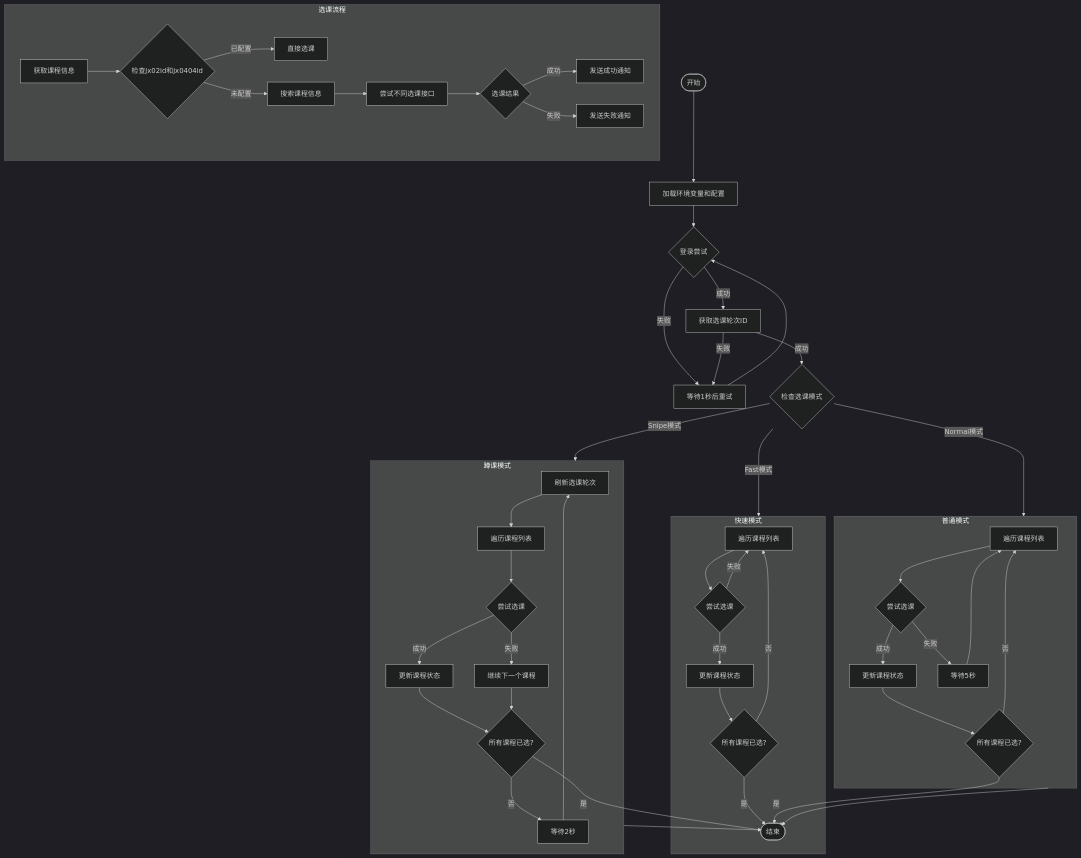
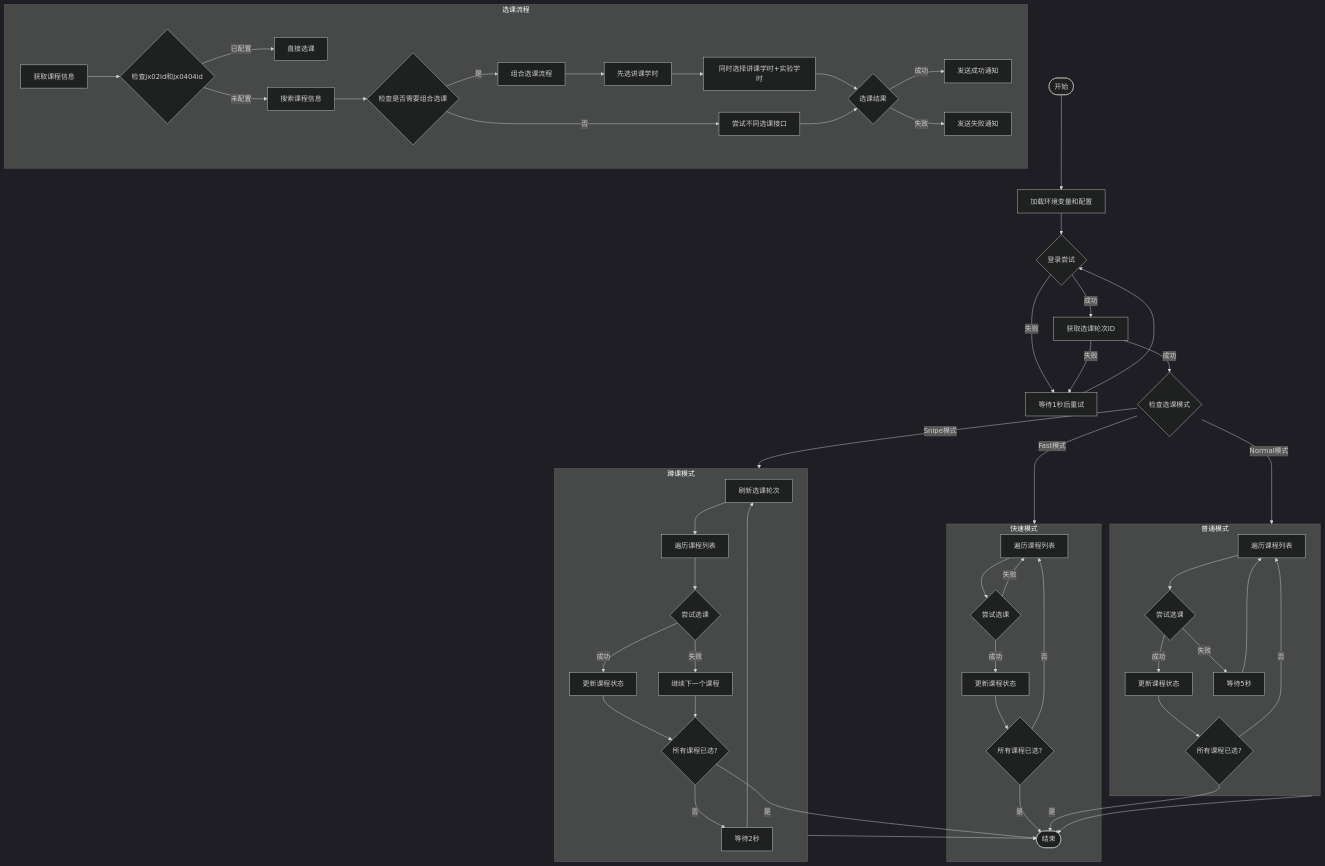
Before and after one commit to W1ndys/QFNUCourseSelector: the diagram in README.md, drawn with Mermaid (dark theme). The commit also changed other lines of this file, not shown here.

````diff
--- a/README.md
+++ b/README.md
@@ -198,60 +254,65 @@
 ```mermaid
 flowchart TB
     Start([开始]) --> LoadEnv[加载环境变量和配置]
     LoadEnv --> Login{登录尝试}
 
     Login -->|失败| RetryLogin[等待1秒后重试]
     RetryLogin --> Login
 
     Login -->|成功| GetSemester[获取选课轮次ID]
     GetSemester -->|失败| RetryLogin
 
     GetSemester -->|成功| CheckMode{检查选课模式}
 
     CheckMode -->|Fast模式| FastMode[快速选课]
     CheckMode -->|Normal模式| NormalMode[普通选课]
     CheckMode -->|Snipe模式| SnipeMode[蹲课模式]
 
     subgraph FastMode[快速模式]
         F1[遍历课程列表] --> F2{尝试选课}
         F2 -->|成功| F3[更新课程状态]
         F2 -->|失败| F1
         F3 --> F4{所有课程已选?}
         F4 -->|是| Exit
         F4 -->|否| F1
     end
 
     subgraph NormalMode[普通模式]
         N1[遍历课程列表] --> N2{尝试选课}
         N2 -->|成功| N3[更新课程状态]
         N2 -->|失败| N4[等待5秒]
         N3 --> N5{所有课程已选?}
         N4 --> N1
         N5 -->|是| Exit
         N5 -->|否| N1
     end
 
     subgraph SnipeMode[蹲课模式]
         S1[刷新选课轮次] --> S2[遍历课程列表]
         S2 --> S3{尝试选课}
         S3 -->|成功| S4[更新课程状态]
         S3 -->|失败| S5[继续下一个课程]
         S4 --> S6{所有课程已选?}
         S5 --> S6
         S6 -->|是| Exit
         S6 -->|否| S7[等待2秒]
         S7 --> S1
     end
 
     FastMode & NormalMode & SnipeMode --> Exit([结束])
 
     subgraph CourseSelection[选课流程]
         CS1[获取课程信息] --> CS2{检查jx02id和jx0404id}
         CS2 -->|已配置| CS3[直接选课]
         CS2 -->|未配置| CS4[搜索课程信息]
-        CS4 --> CS5[尝试不同选课接口]
-        CS5 --> CS6{选课结果}
-        CS6 -->|成功| CS7[发送成功通知]
-        CS6 -->|失败| CS8[发送失败通知]
+        CS4 --> CS5{检查是否需要组合选课}
+        CS5 -->|是| CS6[组合选课流程]
+        CS5 -->|否| CS7[尝试不同选课接口]
+        CS6 --> CS8[先选讲课学时]
+        CS8 --> CS9[同时选择讲课学时+实验学时]
+        CS9 --> CS10{选课结果}
+        CS7 --> CS10
+        CS10 -->|成功| CS11[发送成功通知]
+        CS10 -->|失败| CS12[发送失败通知]
     end
 ```
````
